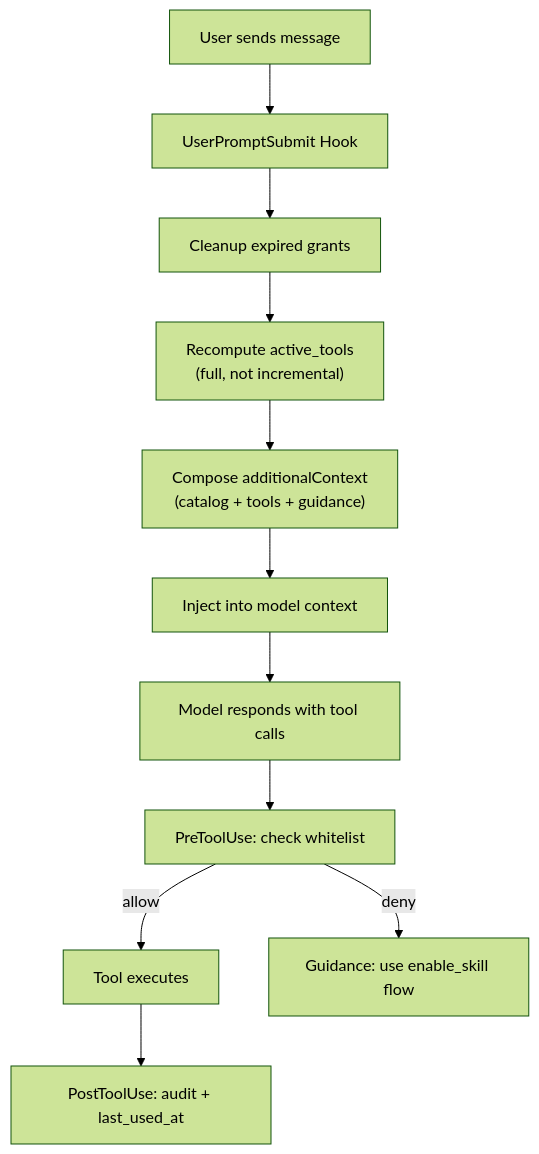
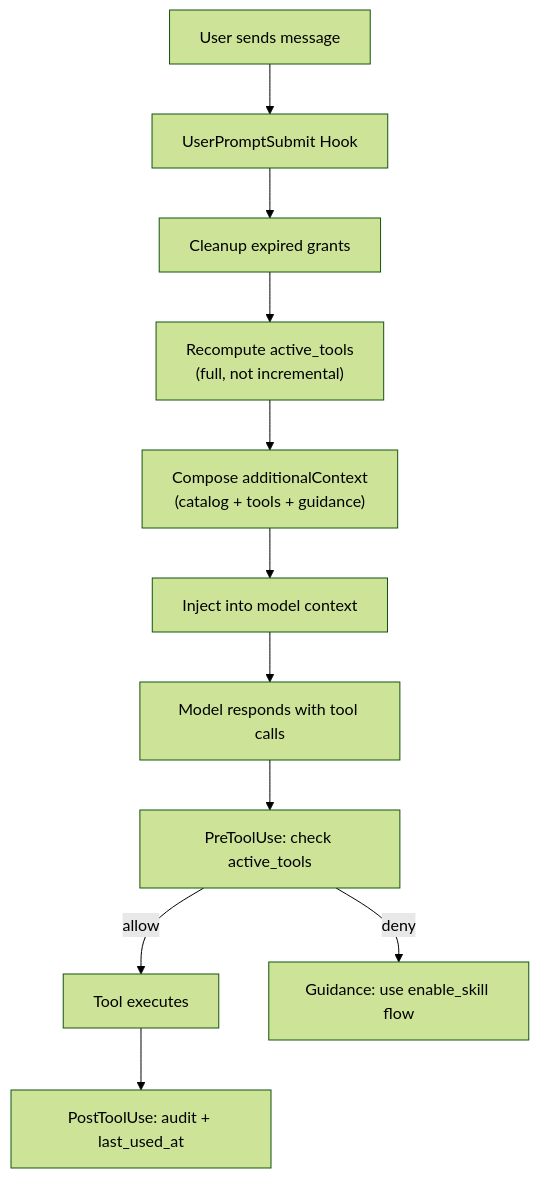
The fifth of 5 diagrams in README.md (ikaqiu-Lemon/tool-gate), drawn with Mermaid (forest theme) before and after one commit. The commit also changed other lines of this file and 79 other files, not shown here.

````diff
--- a/README.md
+++ b/README.md
@@ -369,13 +369,13 @@
 ```mermaid
 flowchart TD
     A["User sends message"] --> B["UserPromptSubmit Hook"]
     B --> C["Cleanup expired grants"]
     C --> D["Recompute active_tools<br/>(full, not incremental)"]
     D --> E["Compose additionalContext<br/>(catalog + tools + guidance)"]
     E --> F["Inject into model context"]
     F --> G["Model responds with tool calls"]
-    G --> H["PreToolUse: check whitelist"]
+    G --> H["PreToolUse: check active_tools"]
     H -->|allow| I["Tool executes"]
     H -->|deny| J["Guidance: use enable_skill flow"]
     I --> K["PostToolUse: audit + last_used_at"]
 ```
````
